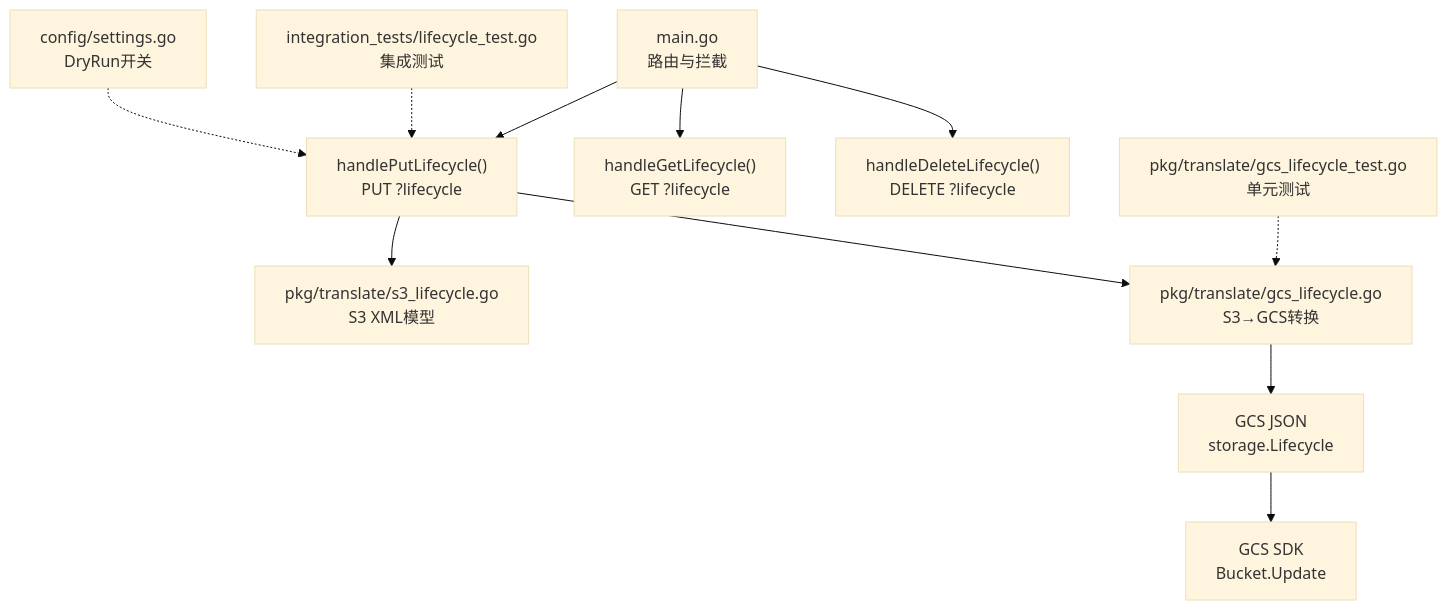
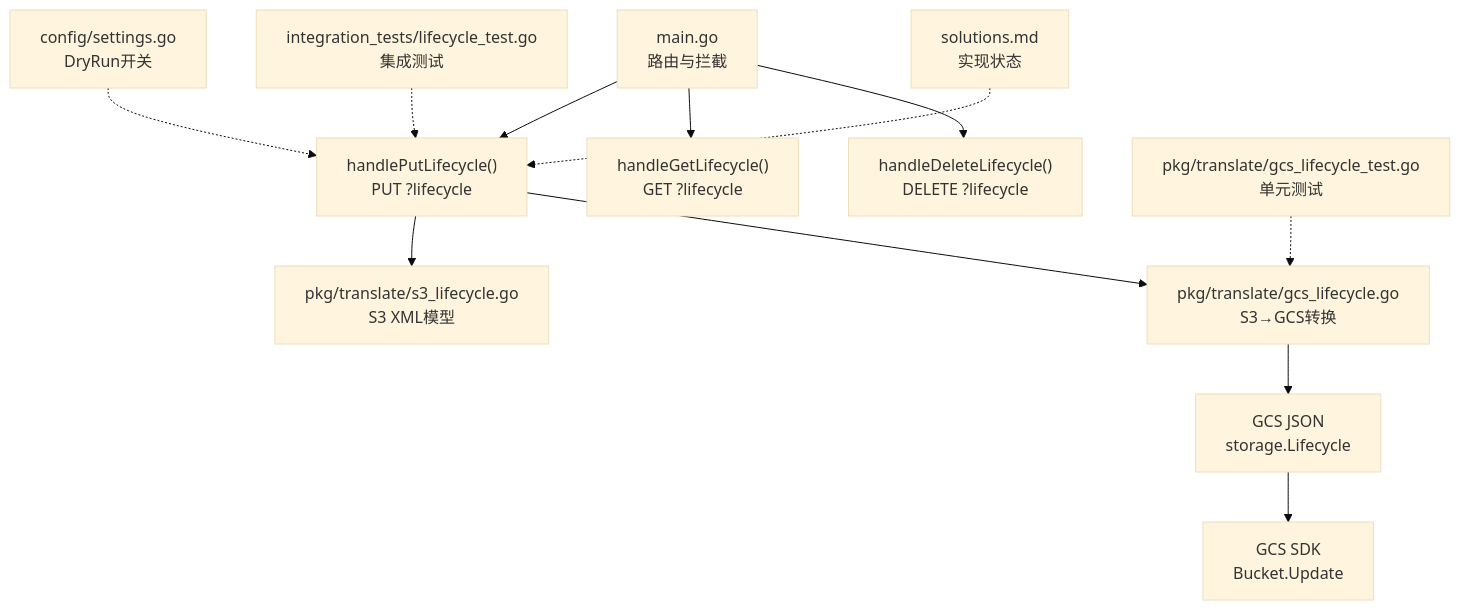
One commit to flying1574/S3Proxy4GCS changed the first of 4 diagrams in .qoder/repowiki/zh/content/核心功能/生命周期管理拦截.md. Above: the diagram before and after it, drawn with Mermaid (base theme). The commit also changed other lines of this file and 10 other files, not shown here.

````diff
--- a/.qoder/repowiki/zh/content/核心功能/生命周期管理拦截.md
+++ b/.qoder/repowiki/zh/content/核心功能/生命周期管理拦截.md
@@ -41,13 +51,14 @@
 ```mermaid
 graph TB
 A["main.go<br/>路由与拦截"] --> B["handlePutLifecycle()<br/>PUT ?lifecycle"]
 A --> C["handleGetLifecycle()<br/>GET ?lifecycle"]
 A --> D["handleDeleteLifecycle()<br/>DELETE ?lifecycle"]
 B --> E["pkg/translate/s3_lifecycle.go<br/>S3 XML模型"]
 B --> F["pkg/translate/gcs_lifecycle.go<br/>S3→GCS转换"]
 F --> G["GCS JSON<br/>storage.Lifecycle"]
 G --> H["GCS SDK<br/>Bucket.Update"]
 I["config/settings.go<br/>DryRun开关"] -.-> B
 J["pkg/translate/gcs_lifecycle_test.go<br/>单元测试"] -.-> F
 K["integration_tests/lifecycle_test.go<br/>集成测试"] -.-> B
+L["solutions.md<br/>实现状态"] -.-> B
 ```
````
